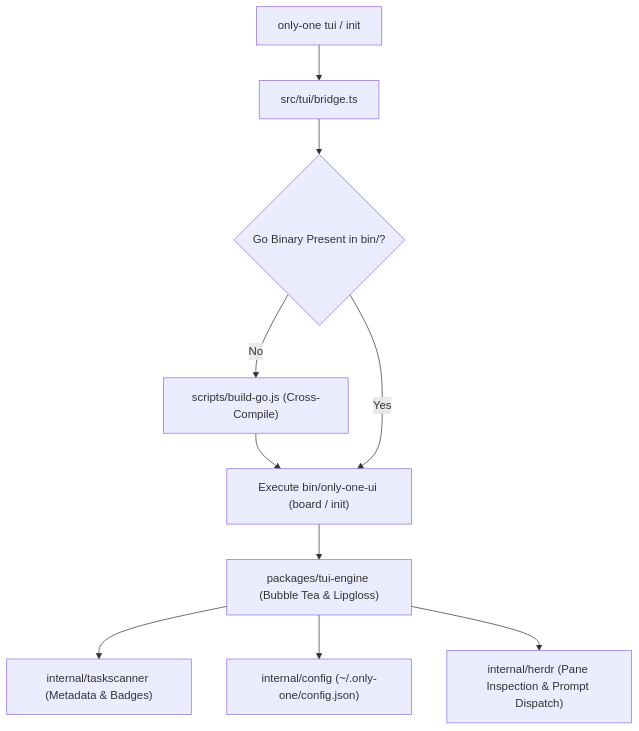
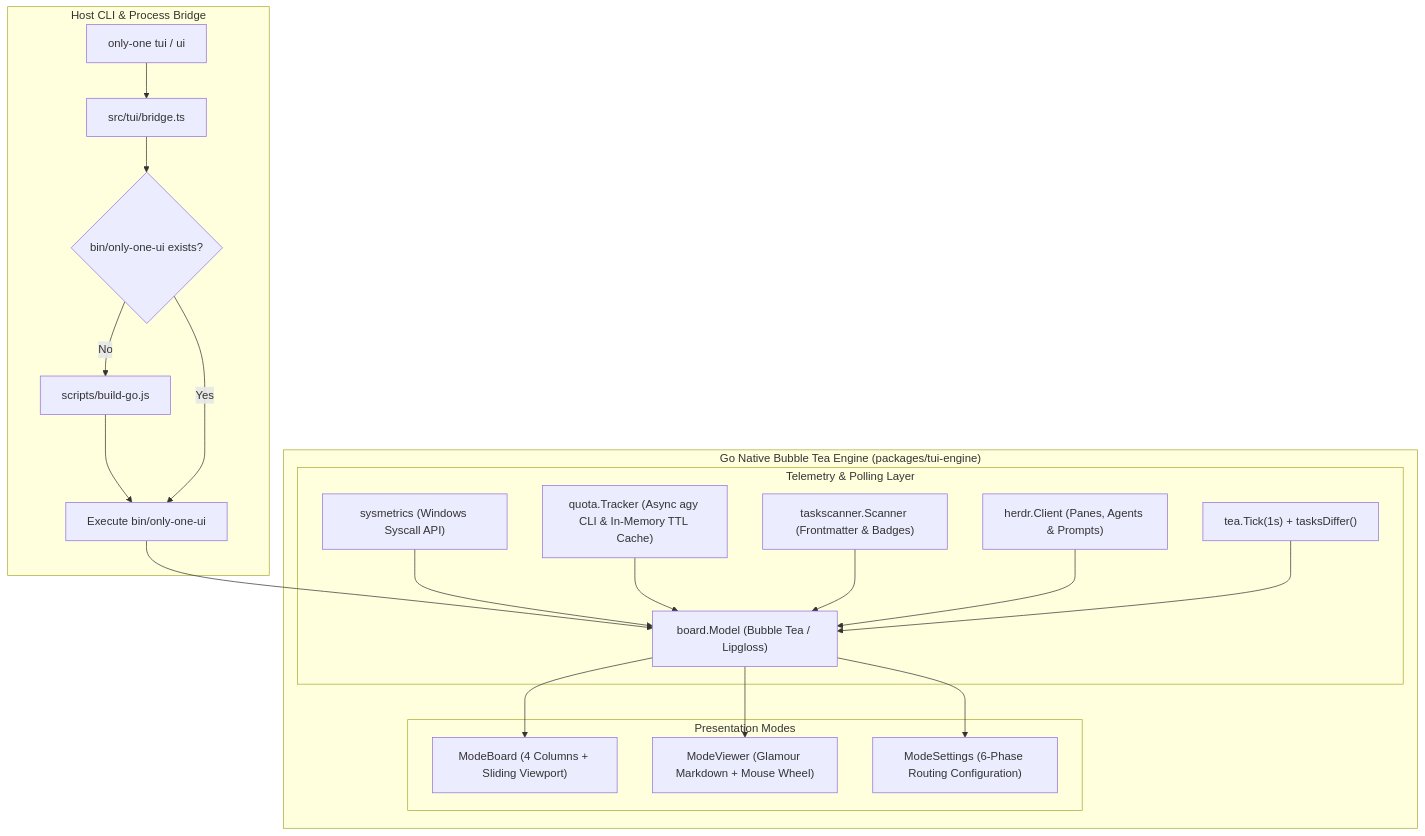
Before and after one commit to Personal-Source-SP/only-one-cli: the diagram in only-one/archives/tui-modernization.md, drawn with Mermaid. The commit also changed other lines of this file and 8 other files, not shown here.

Commit message:
feat: add new TUI and stack rules, index catalog, and modernization architecture archive

````diff
--- a/only-one/archives/tui-modernization.md
+++ b/only-one/archives/tui-modernization.md
@@ -40,12 +53,28 @@
 ```mermaid
 flowchart TD
-    CLI["only-one tui / init"] --> Bridge["src/tui/bridge.ts"]
-    Bridge --> Check{"Go Binary Present in bin/?"}
-    Check -->|No| Build["scripts/build-go.js (Cross-Compile)"]
-    Build --> Exec["Execute bin/only-one-ui (board / init)"]
-    Check -->|Yes| Exec
-    Exec --> GoEngine["packages/tui-engine (Bubble Tea & Lipgloss)"]
-    GoEngine --> Scanner["internal/taskscanner (Metadata & Badges)"]
-    GoEngine --> Config["internal/config (~/.only-one/config.json)"]
-    GoEngine --> Herdr["internal/herdr (Pane Inspection & Prompt Dispatch)"]
+    subgraph Host_Runtime ["Host CLI & Process Bridge"]
+        CLI["only-one tui / ui"] --> Bridge["src/tui/bridge.ts"]
+        Bridge --> BinaryCheck{"bin/only-one-ui exists?"}
+        BinaryCheck -->|No| CrossCompile["scripts/build-go.js"]
+        CrossCompile --> Exec["Execute bin/only-one-ui"]
+        BinaryCheck -->|Yes| Exec
+    end
+
+    subgraph Go_TUI_Engine ["Go Native Bubble Tea Engine (packages/tui-engine)"]
+        Exec --> BoardModel["board.Model (Bubble Tea / Lipgloss)"]
+
+        subgraph Telemetry_Layer ["Telemetry & Polling Layer"]
+            SysMetrics["sysmetrics (Windows Syscall API)"] --> BoardModel
+            QuotaTracker["quota.Tracker (Async agy CLI & In-Memory TTL Cache)"] --> BoardModel
+            TaskScanner["taskscanner.Scanner (Frontmatter & Badges)"] --> BoardModel
+            HerdrClient["herdr.Client (Panes, Agents & Prompts)"] --> BoardModel
+            Ticker["tea.Tick(1s) + tasksDiffer()"] --> BoardModel
+        end
+
+        subgraph Presentation_Modes ["Presentation Modes"]
+            BoardModel --> ModeBoard["ModeBoard (4 Columns + Sliding Viewport)"]
+            BoardModel --> ModeViewer["ModeViewer (Glamour Markdown + Mouse Wheel)"]
+            BoardModel --> ModeSettings["ModeSettings (6-Phase Routing Configuration)"]
+        end
+    end
 ```
````
